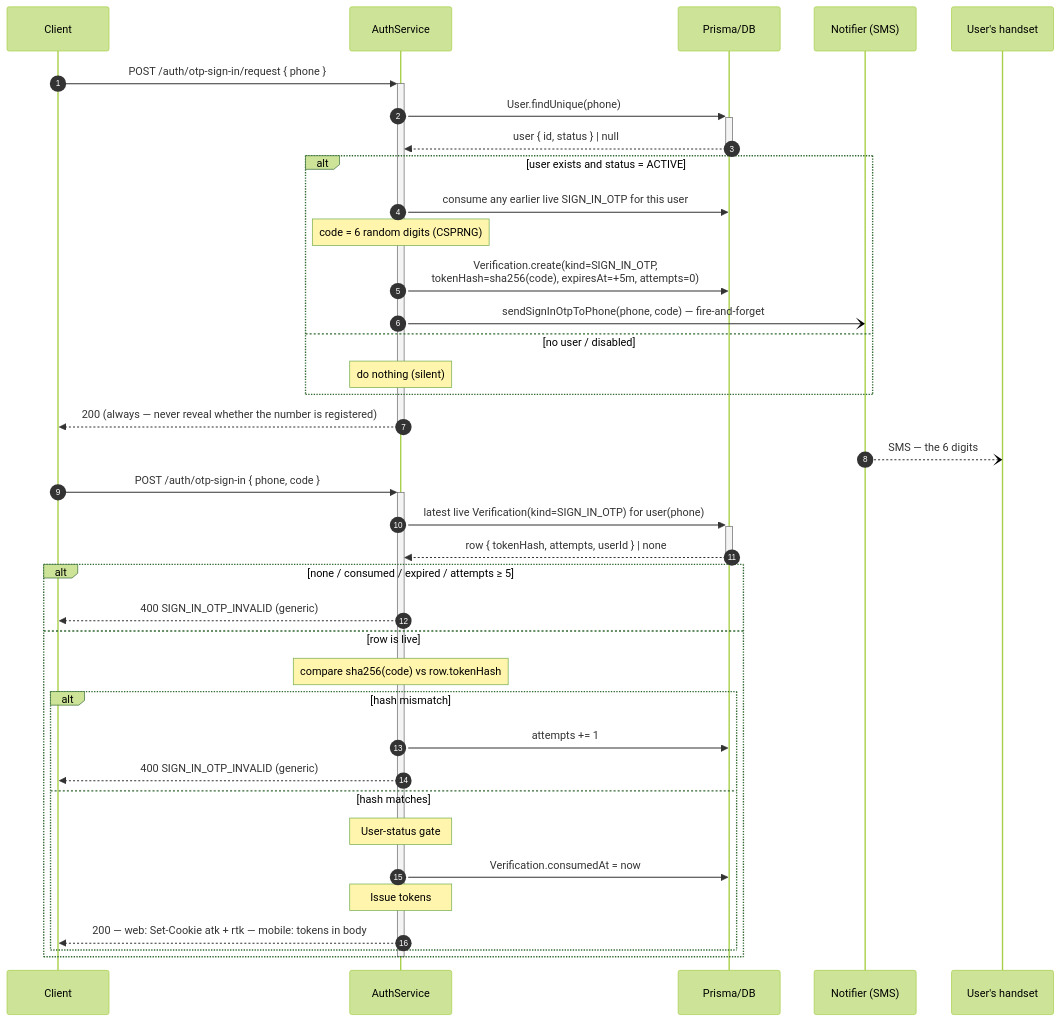
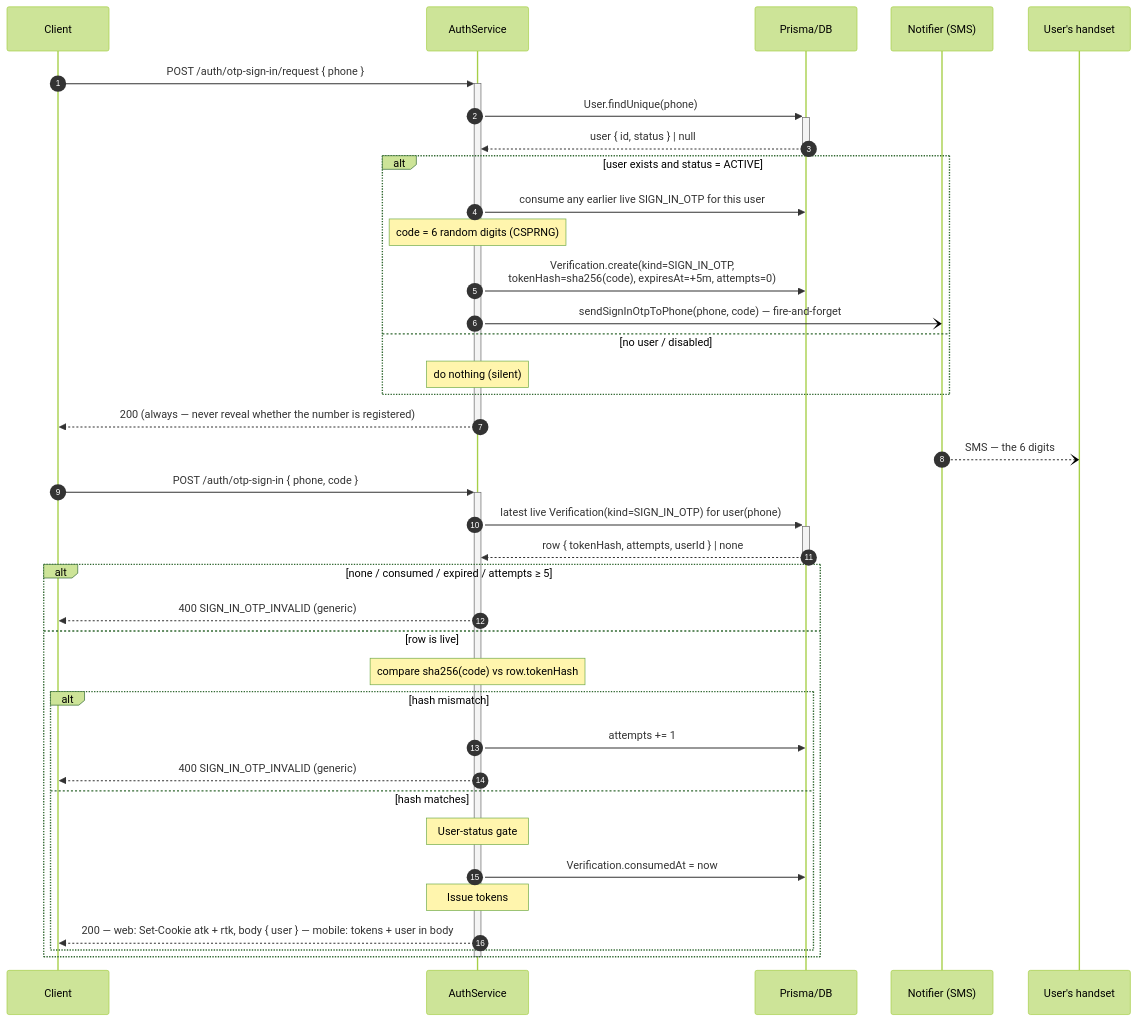
Before and after one commit to chuhaiphu/vinaup-platform: the second of 2 diagrams in apps/api/docs/architecture/authen/LOCAL-SIGN-IN.md, drawn with Mermaid (forest theme). The commit also changed other lines of this file and 25 other files, not shown here.

````diff
--- a/apps/api/docs/architecture/authen/LOCAL-SIGN-IN.md
+++ b/apps/api/docs/architecture/authen/LOCAL-SIGN-IN.md
@@ -66,42 +66,42 @@
 ```mermaid
 sequenceDiagram
     autonumber
     participant C as Client
     participant Auth as AuthService
     participant DB as Prisma/DB
     participant N as Notifier (SMS)
     participant U as User's handset
 
     C->>+Auth: POST /auth/otp-sign-in/request { phone }
     Auth->>+DB: User.findUnique(phone)
     DB-->>-Auth: user { id, status } | null
     alt user exists and status = ACTIVE
         Auth->>DB: consume any earlier live SIGN_IN_OTP for this user
         Note over Auth: code = 6 random digits (CSPRNG)
         Auth->>DB: Verification.create(kind=SIGN_IN_OTP,<br/>tokenHash=sha256(code), expiresAt=+5m, attempts=0)
         Auth-)N: sendSignInOtpToPhone(phone, code) — fire-and-forget
     else no user / disabled
         Note over Auth: do nothing (silent)
     end
     Auth-->>-C: 200 (always — never reveal whether the number is registered)
     N--)U: SMS — the 6 digits
 
     C->>+Auth: POST /auth/otp-sign-in { phone, code }
     Auth->>+DB: latest live Verification(kind=SIGN_IN_OTP) for user(phone)
     DB-->>-Auth: row { tokenHash, attempts, userId } | none
     alt none / consumed / expired / attempts ≥ 5
         Auth-->>C: 400 SIGN_IN_OTP_INVALID (generic)
     else row is live
         Note over Auth: compare sha256(code) vs row.tokenHash
         alt hash mismatch
             Auth->>DB: attempts += 1
             Auth-->>C: 400 SIGN_IN_OTP_INVALID (generic)
         else hash matches
             Note over Auth: User-status gate
             Auth->>DB: Verification.consumedAt = now
             Note over Auth: Issue tokens
-            Auth-->>C: 200 — web: Set-Cookie atk + rtk — mobile: tokens in body
+            Auth-->>C: 200 — web: Set-Cookie atk + rtk, body { user } — mobile: tokens + user in body
         end
     end
     deactivate Auth
 ```
````
